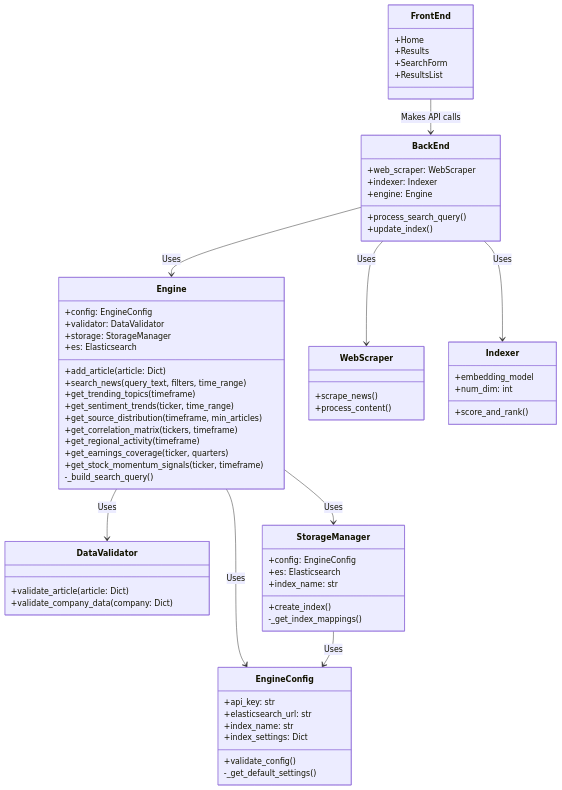
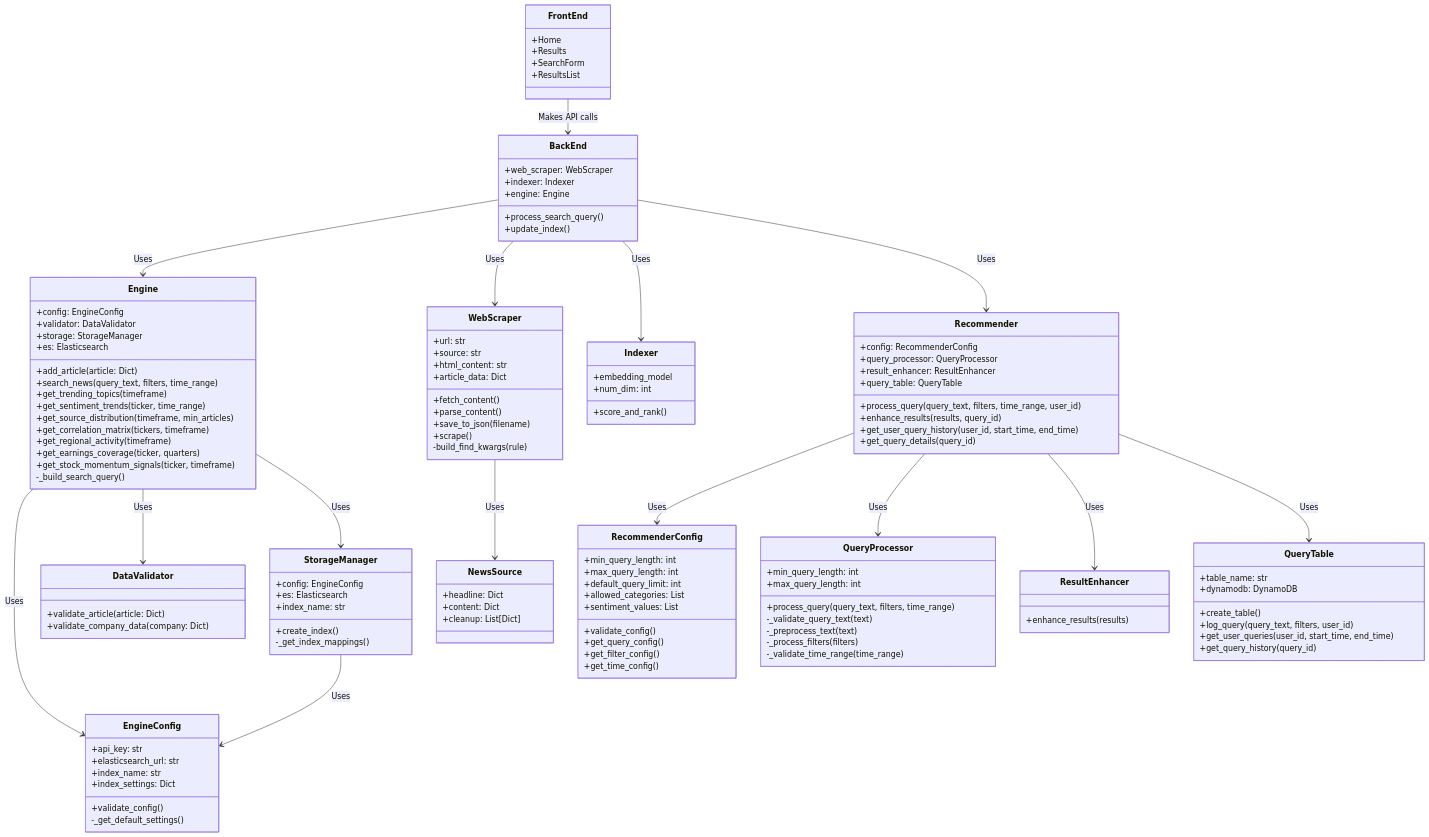
One commit to senior-design-financial-engine/search-engine changed the first of 3 diagrams in ARCHITECTURE.md. Above: the diagram before and after it, drawn with Mermaid. The commit also changed other lines of this file and 12 other files, not shown here.

````diff
--- a/ARCHITECTURE.md
+++ b/ARCHITECTURE.md
@@ -91,8 +98,21 @@
     }
 
     class WebScraper {
-        +scrape_news()
-        +process_content()
+        +url: str
+        +source: str
+        +html_content: str
+        +article_data: Dict
+        +fetch_content()
+        +parse_content()
+        +save_to_json(filename)
+        +scrape()
+        -build_find_kwargs(rule)
+    }
+
+    class NewsSource {
+        +headline: Dict
+        +content: Dict
+        +cleanup: List[Dict]
     }
 
     class Indexer {
@@ -108,6 +128,52 @@
         +ResultsList
     }
 
+    class Recommender {
+        +config: RecommenderConfig
+        +query_processor: QueryProcessor
+        +result_enhancer: ResultEnhancer
+        +query_table: QueryTable
+        +process_query(query_text, filters, time_range, user_id)
+        +enhance_results(results, query_id)
+        +get_user_query_history(user_id, start_time, end_time)
+        +get_query_details(query_id)
+    }
+
+    class QueryProcessor {
+        +min_query_length: int
+        +max_query_length: int
+        +process_query(query_text, filters, time_range)
+        -_validate_query_text(text)
+        -_preprocess_text(text)
+        -_process_filters(filters)
+        -_validate_time_range(time_range)
+    }
+
+    class ResultEnhancer {
+        +enhance_results(results)
+    }
+
+    class QueryTable {
+        +table_name: str
+        +dynamodb: DynamoDB
+        +create_table()
+        +log_query(query_text, filters, user_id)
+        +get_user_queries(user_id, start_time, end_time)
+        +get_query_history(query_id)
+    }
+
+    class RecommenderConfig {
+        +min_query_length: int
+        +max_query_length: int
+        +default_query_limit: int
+        +allowed_categories: List
+        +sentiment_values: List
+        +validate_config()
+        +get_query_config()
+        +get_filter_config()
+        +get_time_config()
+    }
+
     Engine --> EngineConfig : Uses
     Engine --> DataValidator : Uses
     Engine --> StorageManager : Uses
@@ -116,5 +182,11 @@
     BackEnd --> WebScraper : Uses
     BackEnd --> Indexer : Uses
     FrontEnd --> BackEnd : Makes API calls
+    Recommender --> RecommenderConfig : Uses
+    Recommender --> QueryProcessor : Uses
+    Recommender --> ResultEnhancer : Uses
+    Recommender --> QueryTable : Uses
+    BackEnd --> Recommender : Uses
+    WebScraper --> NewsSource : Uses
 
 ```
````
